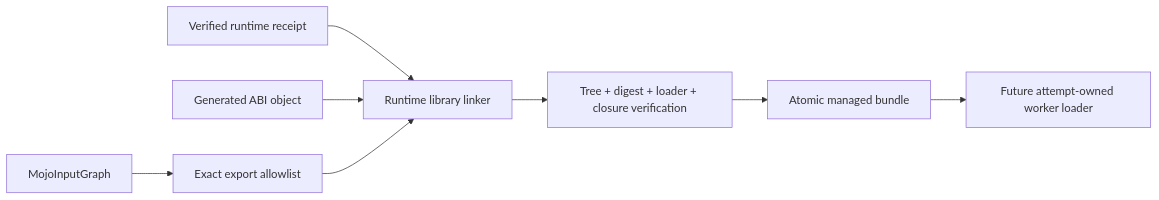
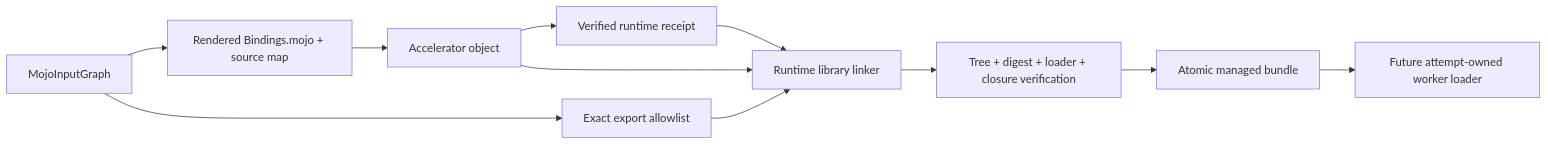
One commit to 1amageek/swift-mojo changed the diagram in docs/ADR-0013-CALLABLE-RUNTIME-LIBRARY-BUNDLES.md. Above: the diagram before and after it, drawn with Mermaid. The commit also changed other lines of this file and 18 other files, not shown here.

Commit message:
Prepare generated accelerator runtime libraries

````diff
--- a/docs/ADR-0013-CALLABLE-RUNTIME-LIBRARY-BUNDLES.md
+++ b/docs/ADR-0013-CALLABLE-RUNTIME-LIBRARY-BUNDLES.md
@@ -48,10 +53,13 @@
 ```mermaid
 flowchart LR
-    G["MojoInputGraph"] --> E["Exact export allowlist"]
-    R["Verified runtime receipt"] --> L["Runtime library linker"]
-    O["Generated ABI object"] --> L
+    G["MojoInputGraph"] --> S["Rendered Bindings.mojo + source map"]
+    S --> O["Accelerator object"]
+    O --> R["Verified runtime receipt"]
+    G --> E["Exact export allowlist"]
+    R --> L["Runtime library linker"]
+    O --> L
     E --> L
     L --> V["Tree + digest + loader + closure verification"]
     V --> C["Atomic managed bundle"]
     C --> W["Future attempt-owned worker loader"]
 ```
````
